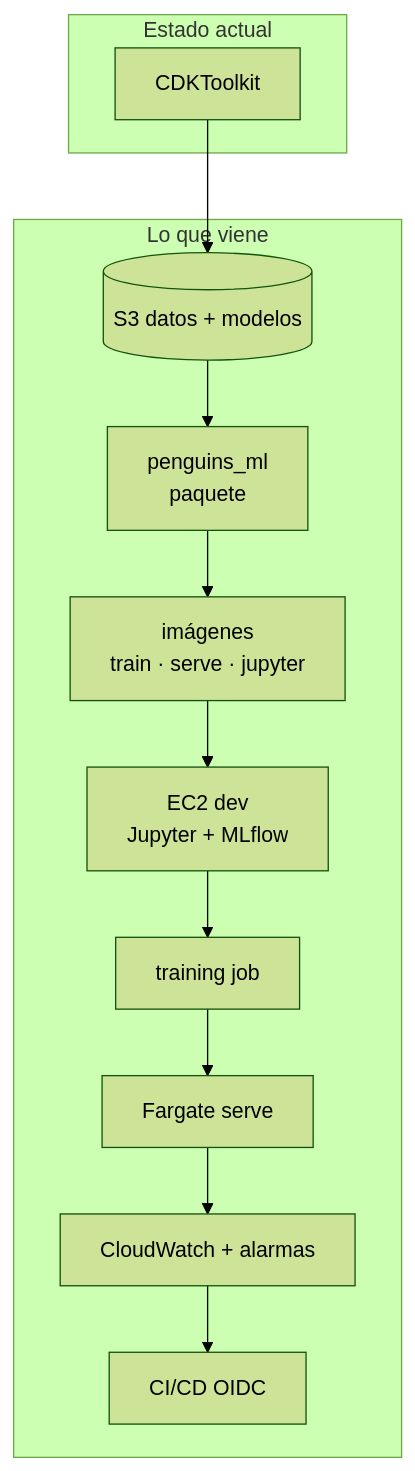
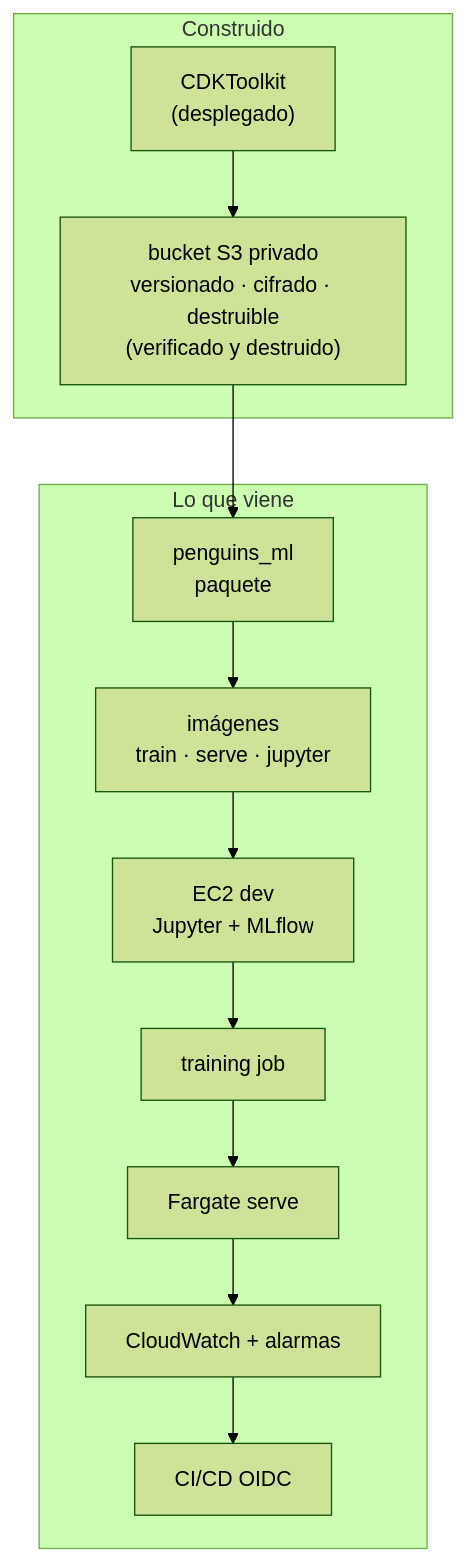
The sixth of 6 diagrams in docs/how-it-works.md (JairRamosG/Pinguinos-AWS), drawn with Mermaid (forest theme) before and after one commit. The commit also changed other lines of this file, not shown here.

````diff
--- a/docs/how-it-works.md
+++ b/docs/how-it-works.md
@@ -231,17 +239,17 @@
 ```mermaid
 flowchart TB
-    subgraph HOY["Estado actual"]
-        BOOT["CDKToolkit"]
+    subgraph HOY["Construido"]
+        BOOT["CDKToolkit<br/>(desplegado)"]
+        S3["bucket S3 privado<br/>versionado · cifrado · destruible<br/>(verificado y destruido)"]
     end
     subgraph DESPUES["Lo que viene"]
-        S3[("S3 datos + modelos")]
         PKG["penguins_ml<br/>paquete"]
         IMG["imágenes<br/>train · serve · jupyter"]
         EC2["EC2 dev<br/>Jupyter + MLflow"]
         JOB["training job"]
         SRV["Fargate serve"]
         OBS["CloudWatch + alarmas"]
         CI["CI/CD OIDC"]
     end
     BOOT --> S3 --> PKG --> IMG --> EC2 --> JOB --> SRV --> OBS --> CI
 ```
````
